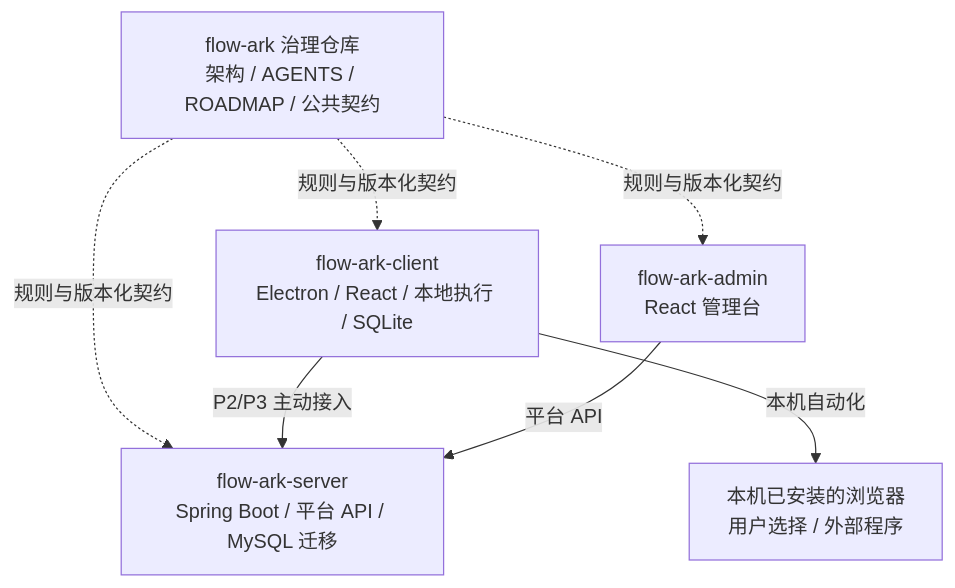
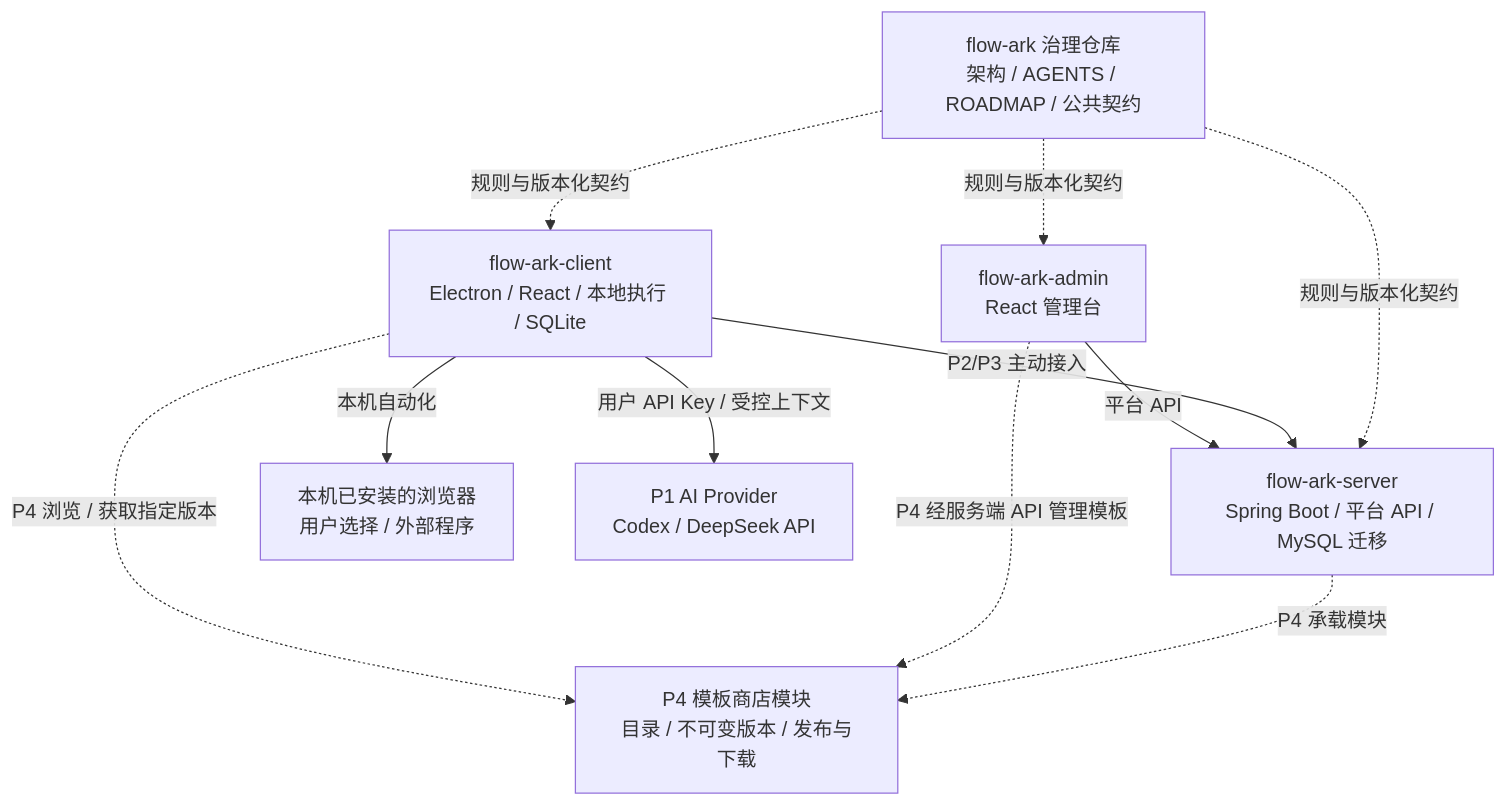
The first of 6 diagrams in docs/architecture.md (zhongmiao-org/flow-ark), drawn with Mermaid before and after one commit. The commit also changed other lines of this file and 5 other files, not shown here.

Commit message:
docs: plan template store and Codex DeepSeek providers

````diff
--- a/docs/architecture.md
+++ b/docs/architecture.md
@@ -29,14 +31,20 @@
 ```mermaid
 flowchart TB
     G["flow-ark 治理仓库<br/>架构 / AGENTS / ROADMAP / 公共契约"]
     C["flow-ark-client<br/>Electron / React / 本地执行 / SQLite"]
     S["flow-ark-server<br/>Spring Boot / 平台 API / MySQL 迁移"]
     A["flow-ark-admin<br/>React 管理台"]
     B["本机已安装的浏览器<br/>用户选择 / 外部程序"]
+    T["P4 模板商店模块<br/>目录 / 不可变版本 / 发布与下载"]
+    AI["P1 AI Provider<br/>Codex / DeepSeek API"]
     G -. "规则与版本化契约" .-> C
     G -. "规则与版本化契约" .-> S
     G -. "规则与版本化契约" .-> A
     C -->|"P2/P3 主动接入"| S
     A -->|"平台 API"| S
     C -->|"本机自动化"| B
+    S -. "P4 承载模块" .-> T
+    A -. "P4 经服务端 API 管理模板" .-> T
+    C -. "P4 浏览 / 获取指定版本" .-> T
+    C -->|"用户 API Key / 受控上下文"| AI
 ```
````
